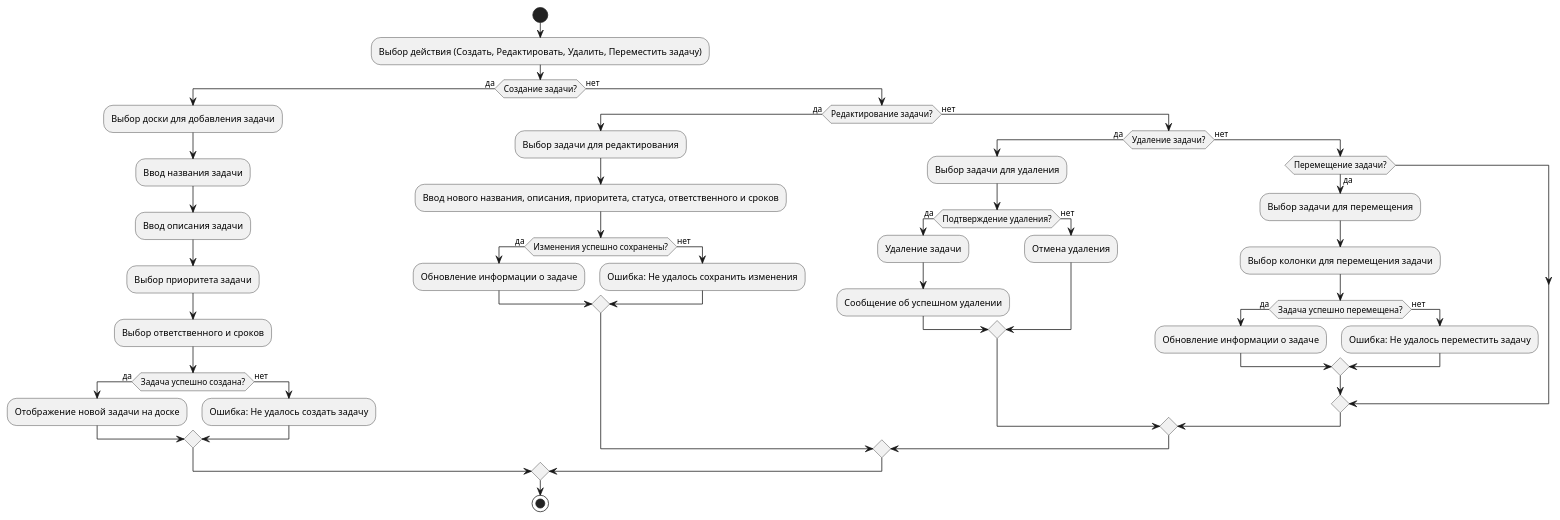
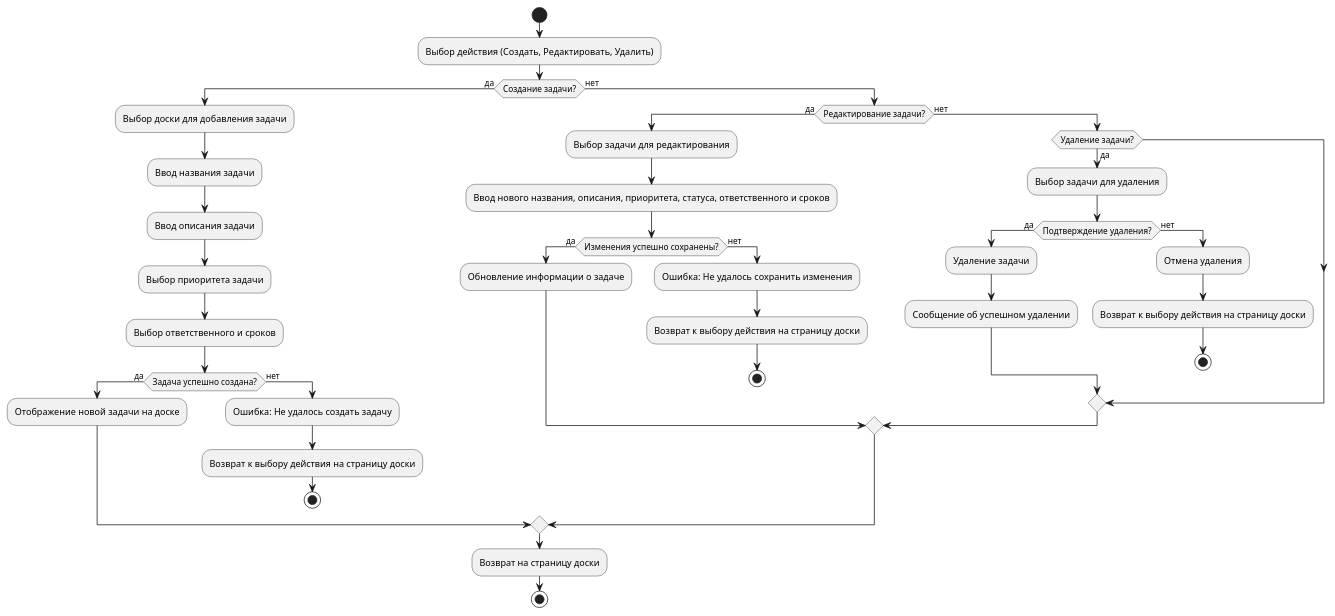
One commit to kemmed/KanbanApp changed the diagram in doc/diagrams/TaskAD.puml. Above: the diagram before and after it, drawn with PlantUML. The commit also changed 36 other files, not shown here.

```diff
--- a/doc/diagrams/TaskAD.puml
+++ b/doc/diagrams/TaskAD.puml
@@ -1,50 +1,47 @@
 @startuml TaskAD
 start
 
-:Выбор действия (Создать, Редактировать, Удалить, Переместить задачу);
+:Выбор действия (Создать, Редактировать, Удалить);
 
 if (Создание задачи?) then (да)
     :Выбор доски для добавления задачи;
     :Ввод названия задачи;
     :Ввод описания задачи;
     :Выбор приоритета задачи;
     :Выбор ответственного и сроков;
     if (Задача успешно создана?) then (да)
         :Отображение новой задачи на доске;
     else (нет)
         :Ошибка: Не удалось создать задачу;
+        :Возврат к выбору действия на страницу доски;
+        stop
+
     endif
 else (нет)
     if (Редактирование задачи?) then (да)
         :Выбор задачи для редактирования;
         :Ввод нового названия, описания, приоритета, статуса, ответственного и сроков;
         if (Изменения успешно сохранены?) then (да)
             :Обновление информации о задаче;
         else (нет)
             :Ошибка: Не удалось сохранить изменения;
+            :Возврат к выбору действия на страницу доски;
+            stop
         endif
     else (нет)
         if (Удаление задачи?) then (да)
             :Выбор задачи для удаления;
             if (Подтверждение удаления?) then (да)
                 :Удаление задачи;
                 :Сообщение об успешном удалении;
             else (нет)
                 :Отмена удаления;
-            endif
-        else (нет)
-            if (Перемещение задачи?) then (да)
-                :Выбор задачи для перемещения;
-                :Выбор колонки для перемещения задачи;
-                if (Задача успешно перемещена?) then (да)
-                    :Обновление информации о задаче;
-                else (нет)
-                    :Ошибка: Не удалось переместить задачу;
-                endif
+                :Возврат к выбору действия на страницу доски;
+                stop
             endif
         endif
     endif
 endif
-
+:Возврат на страницу доски;
 stop
 @enduml
```
